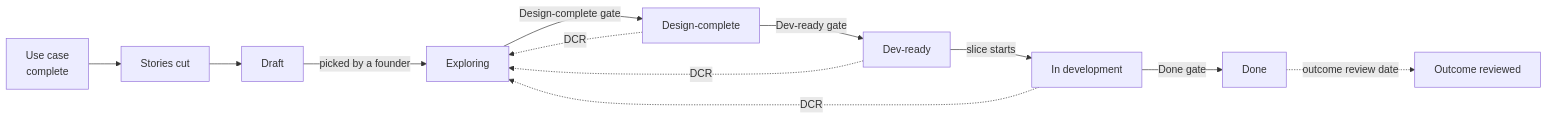
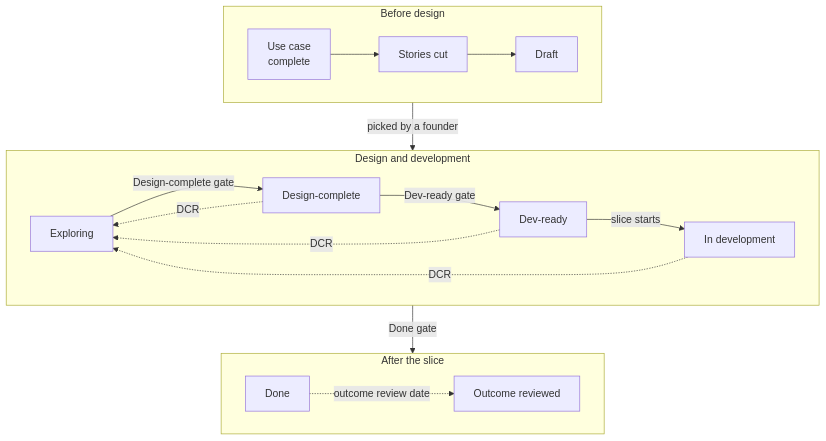
Before and after one commit to olivierbalalud/product-toolkit: the diagram in docs/guide/01-lifecycle-and-gates.md, drawn with Mermaid.

Commit message:
docs(guide): stack the lifecycle diagram in three rows

````diff
--- a/docs/guide/01-lifecycle-and-gates.md
+++ b/docs/guide/01-lifecycle-and-gates.md
@@ -9,14 +9,22 @@
 ```mermaid
-flowchart LR
-  UC[Use case<br/>complete] --> US[Stories cut]
-  US --> D[Draft]
-  D -->|picked by a founder| E[Exploring]
-  E -->|Design-complete gate| DC[Design-complete]
-  DC -->|Dev-ready gate| DR[Dev-ready]
-  DR -->|slice starts| ID[In development]
-  ID -->|Done gate| DN[Done]
-  DN -.->|outcome review date| OR[Outcome reviewed]
-  DC -.->|DCR| E
-  DR -.->|DCR| E
-  ID -.->|DCR| E
+flowchart TB
+  subgraph R1 [Before design]
+    direction LR
+    UC[Use case<br/>complete] --> US[Stories cut] --> D[Draft]
+  end
+  subgraph R2 [Design and development]
+    direction LR
+    E[Exploring] -->|Design-complete gate| DC[Design-complete]
+    DC -->|Dev-ready gate| DR[Dev-ready]
+    DR -->|slice starts| ID[In development]
+    DC -.->|DCR| E
+    DR -.->|DCR| E
+    ID -.->|DCR| E
+  end
+  subgraph R3 [After the slice]
+    direction LR
+    DN[Done] -.->|outcome review date| OR[Outcome reviewed]
+  end
+  R1 -->|picked by a founder| R2
+  R2 -->|Done gate| R3
 ```
````
